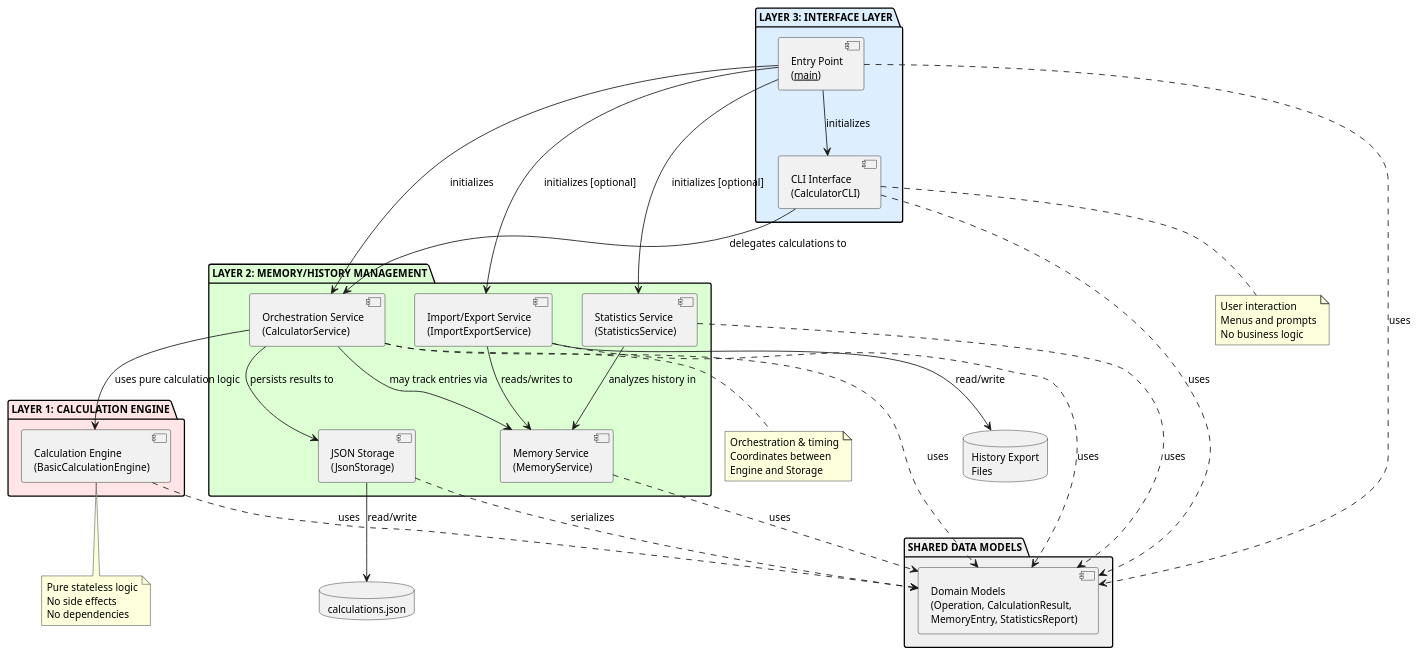
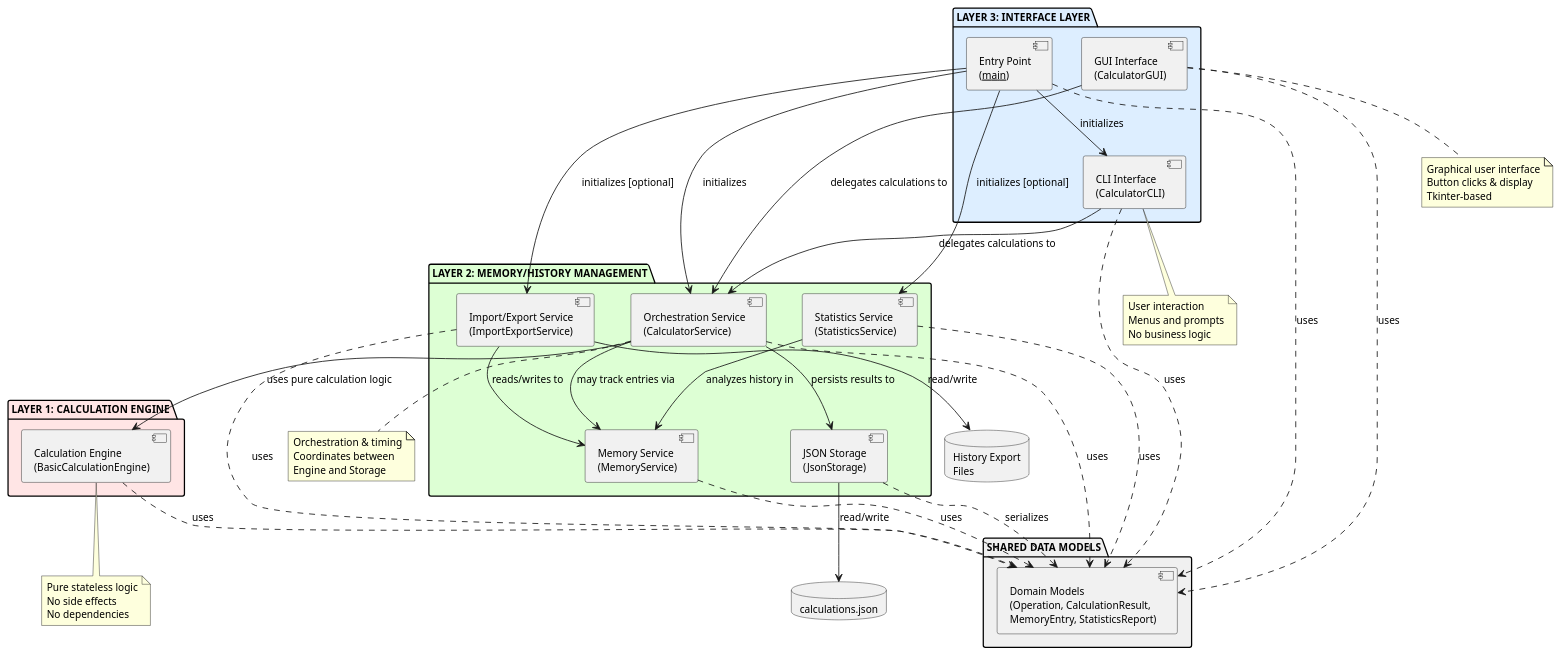
The diagram in experiments/broadcast/test_driven/calculator/artifacts/component_diagram.puml (DanielRiha8906/Software_autoevolution_using_agents), drawn with PlantUML before and after one commit. The commit also changed 10 other files, not shown here.

```diff
--- a/experiments/broadcast/test_driven/calculator/artifacts/component_diagram.puml
+++ b/experiments/broadcast/test_driven/calculator/artifacts/component_diagram.puml
@@ -1,100 +1,109 @@
 @startuml component_diagram
 
 skinparam componentStyle uml2
 skinparam defaultFontSize 12
 top to bottom direction
 
 ' ============================================================================
 ' LAYER 3: INTERFACE LAYER (top)
 ' ============================================================================
 package "LAYER 3: INTERFACE LAYER" #DDEEFF {
     component "Entry Point\n(__main__)" as Main
     component "CLI Interface\n(CalculatorCLI)" as CLI
+    component "GUI Interface\n(CalculatorGUI)" as GUI
 }
 
 ' ============================================================================
 ' LAYER 2: MEMORY/HISTORY MANAGEMENT (middle)
 ' ============================================================================
 package "LAYER 2: MEMORY/HISTORY MANAGEMENT" #DDFFD4 {
     component "Orchestration Service\n(CalculatorService)" as Service
     component "Memory Service\n(MemoryService)" as Memory
     component "Statistics Service\n(StatisticsService)" as Stats
     component "Import/Export Service\n(ImportExportService)" as Import
     component "JSON Storage\n(JsonStorage)" as Store
 }
 
 ' ============================================================================
 ' LAYER 1: CALCULATION ENGINE (bottom)
 ' ============================================================================
 package "LAYER 1: CALCULATION ENGINE" #FFE5E5 {
     component "Calculation Engine\n(BasicCalculationEngine)" as Calc
 }
 
 ' ============================================================================
 ' SHARED DATA MODELS (accessible to all layers)
 ' ============================================================================
 package "SHARED DATA MODELS" #F0F0F0 {
     component "Domain Models\n(Operation, CalculationResult,\nMemoryEntry, StatisticsReport)" as Models
 }
 
 ' ============================================================================
 ' EXTERNAL STORAGE (outside application)
 ' ============================================================================
 database "calculations.json" as DB
 database "History Export\nFiles" as HistFiles
 
 ' ============================================================================
 ' DEPENDENCIES (Upward Flow - Layer 3 -> Layer 2 -> Layer 1)
 ' ============================================================================
 
 ' Entry point initialization
 Main --> CLI : initializes
 Main --> Service : initializes
 Main --> Stats : initializes [optional]
 Main --> Import : initializes [optional]
 
 ' Layer 3 -> Layer 2: Interface uses orchestration service
 CLI --> Service : delegates calculations to
+GUI --> Service : delegates calculations to
 
 ' Layer 2 -> Layer 1: Service uses calculation engine
 Service --> Calc : uses pure calculation logic
 
 ' Layer 2 Internal: Service coordination
 Service --> Store : persists results to
 Service --> Memory : may track entries via
 Stats --> Memory : analyzes history in
 Import --> Memory : reads/writes to
 
 ' Layer 2 -> External Storage
 Store --> DB : read/write
 Import --> HistFiles : read/write
 
 ' All layers use shared models
 Main ..> Models : uses
 CLI ..> Models : uses
+GUI ..> Models : uses
 Service ..> Models : uses
 Memory ..> Models : uses
 Stats ..> Models : uses
 Import ..> Models : uses
 Calc ..> Models : uses
 Store ..> Models : serializes
 
 note bottom of Calc
   Pure stateless logic
   No side effects
   No dependencies
 end note
 
 note bottom of Service
   Orchestration & timing
   Coordinates between
   Engine and Storage
 end note
 
 note bottom of CLI
   User interaction
   Menus and prompts
   No business logic
 end note
 
+note bottom of GUI
+  Graphical user interface
+  Button clicks & display
+  Tkinter-based
+end note
+
 @enduml
```
